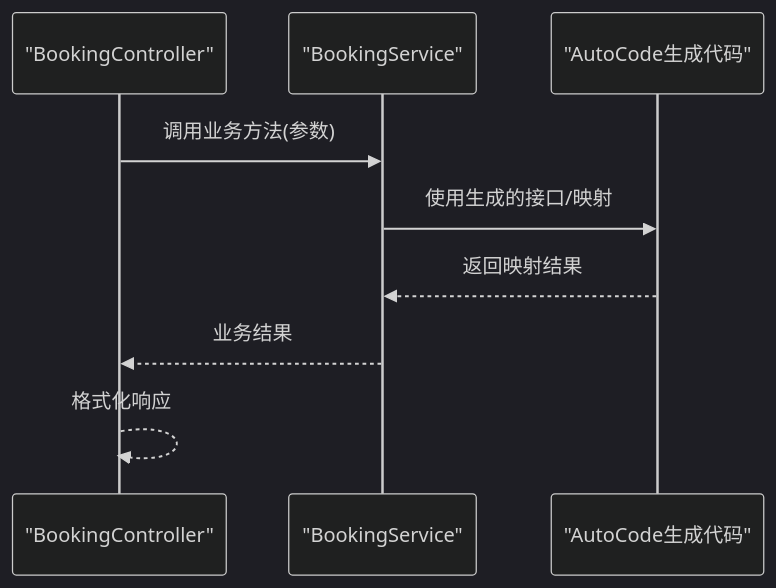
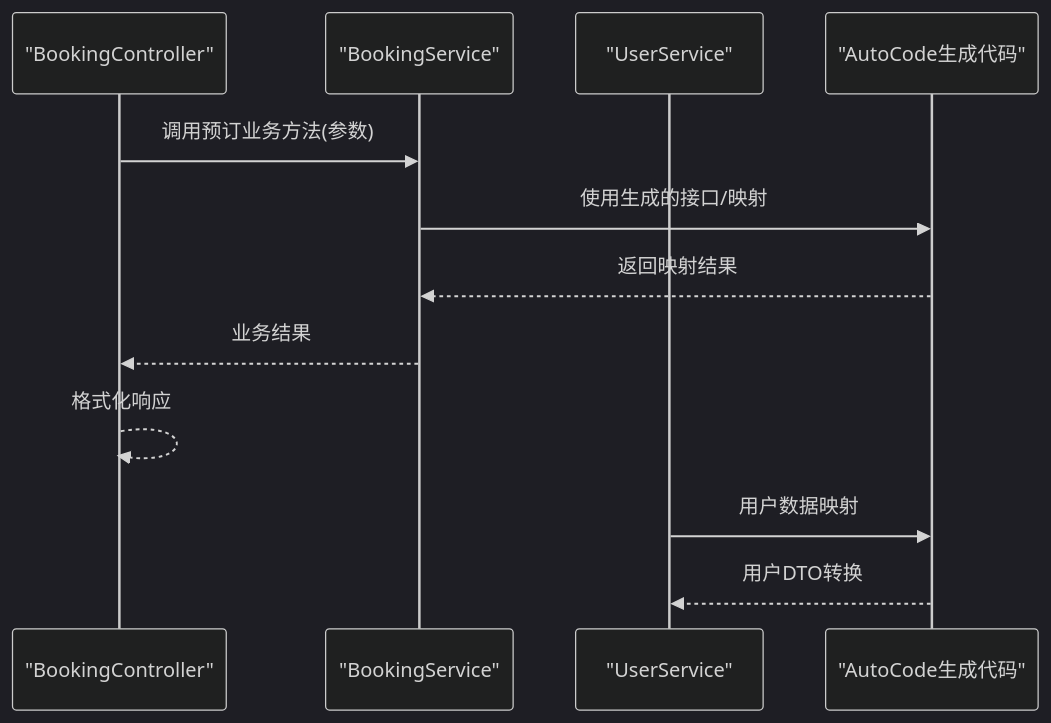
One commit to alivy/AutoCode changed the fifth of 9 diagrams in .qoder/repowiki/zh/content/Web API集成/Web API集成.md. Above: the diagram before and after it, drawn with Mermaid (dark theme). The commit also changed other lines of this file and 29 other files, not shown here.

````diff
--- a/.qoder/repowiki/zh/content/Web API集成/Web API集成.md
+++ b/.qoder/repowiki/zh/content/Web API集成/Web API集成.md
@@ -278,11 +304,14 @@
 ```mermaid
 sequenceDiagram
 participant C as "BookingController"
 participant S as "BookingService"
+participant U as "UserService"
 participant G as "AutoCode生成代码"
-C->>S : 调用业务方法(参数)
+C->>S : 调用预订业务方法(参数)
 S->>G : 使用生成的接口/映射
 G-->>S : 返回映射结果
 S-->>C : 业务结果
 C-->>C : 格式化响应
+U->>G : 用户数据映射
+G-->>U : 用户DTO转换
 ```
````
